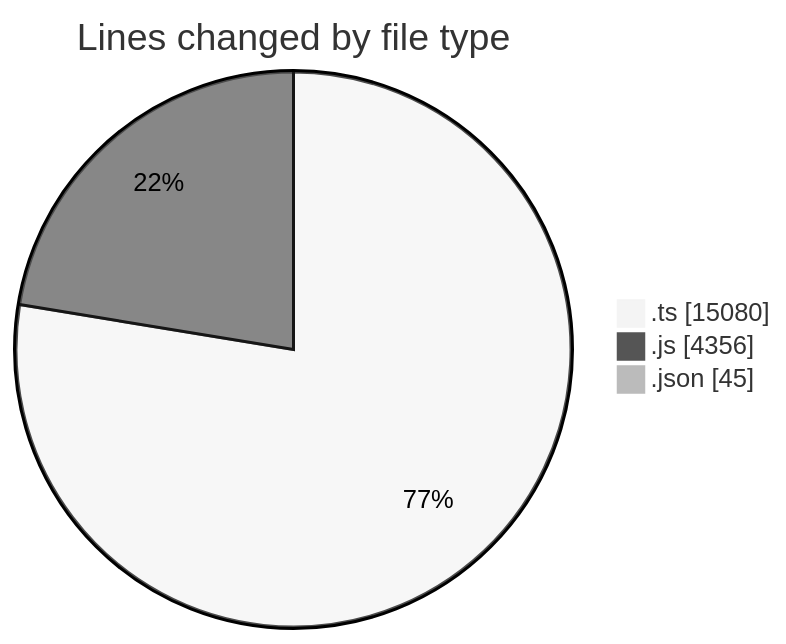
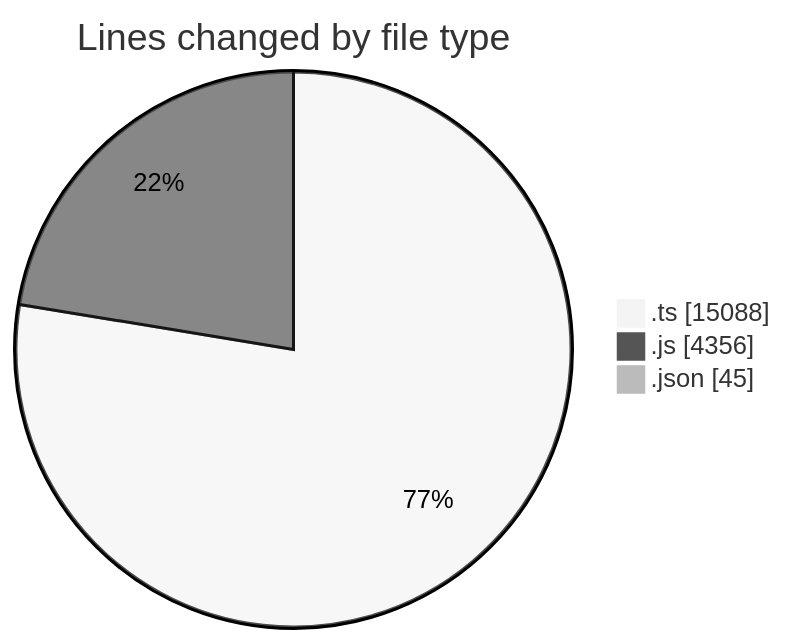
Before and after one commit to momahboobian/code-tracking: the first of 2 diagrams in 2025-07-29/cda/README.md, drawn with Mermaid (neutral theme). The commit also changed other lines of this file and 1 other file, not shown here.

````diff
--- a/2025-07-29/cda/README.md
+++ b/2025-07-29/cda/README.md
@@ -29,7 +29,7 @@
 ```mermaid
 pie showData
 title Lines changed by file type
-".ts" : 15080
+".ts" : 15088
 ".js" : 4356
 ".json" : 45
 ```
````
